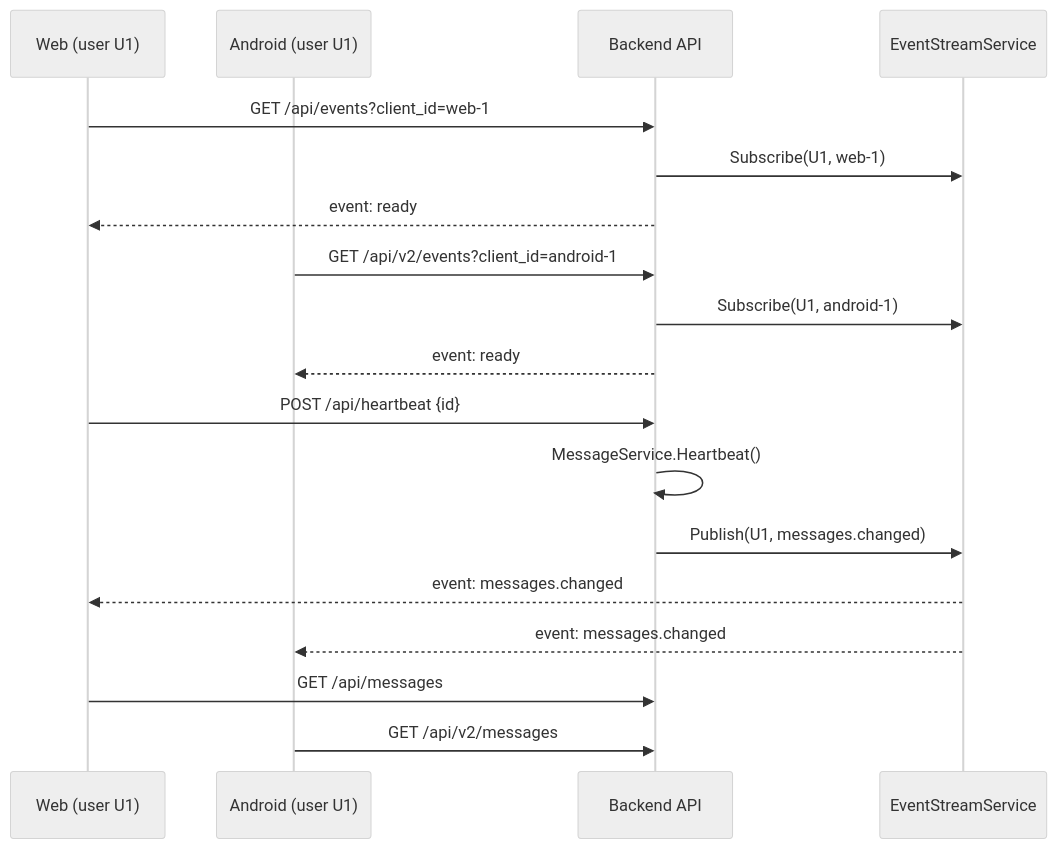
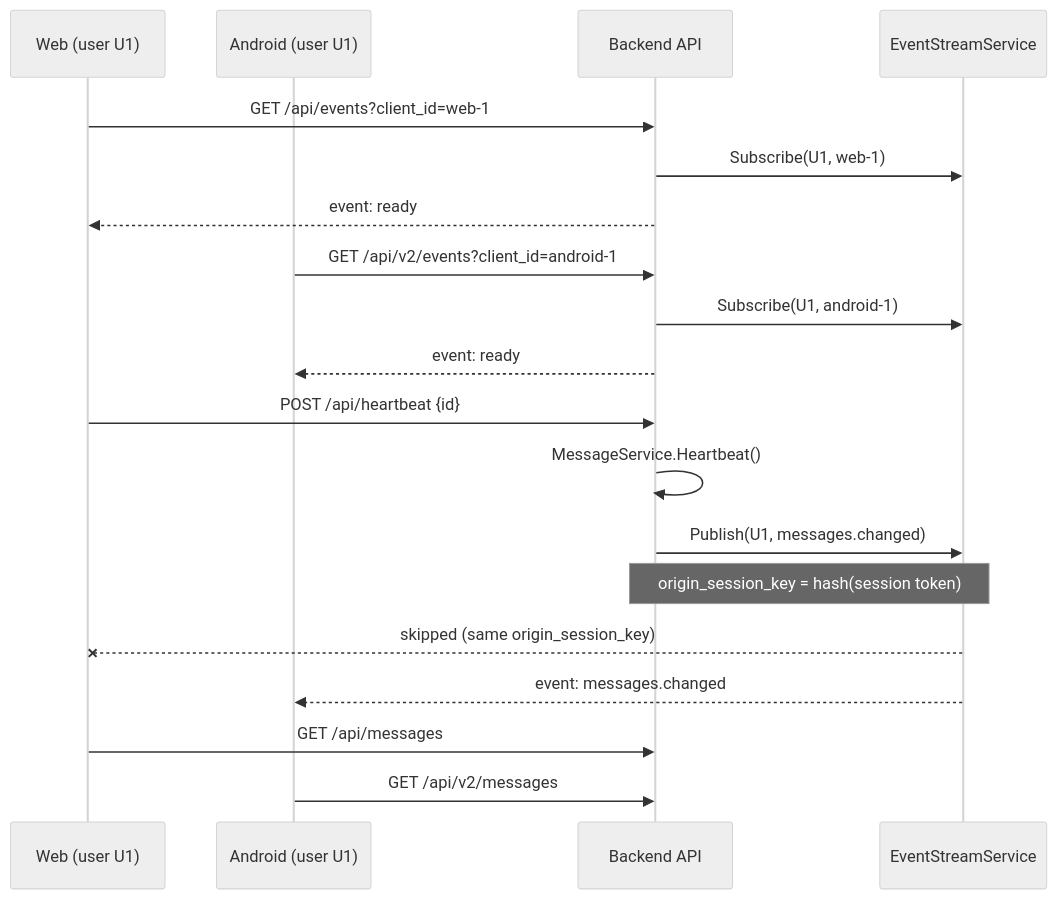
The second of 2 diagrams in backend/docs/realtime-events.md (Alpha018/aeterna), drawn with Mermaid (neutral theme) before and after one commit. The commit also changed other lines of this file and 19 other files, not shown here.

Commit message:
feat(realtime): scope SSE updates by origin session

````diff
--- a/backend/docs/realtime-events.md
+++ b/backend/docs/realtime-events.md
@@ -55,23 +57,24 @@
 ```mermaid
 sequenceDiagram
   participant W as Web (user U1)
   participant A as Android (user U1)
   participant API as Backend API
   participant HUB as EventStreamService
 
   W->>API: GET /api/events?client_id=web-1
   API->>HUB: Subscribe(U1, web-1)
   API-->>W: event: ready
 
   A->>API: GET /api/v2/events?client_id=android-1
   API->>HUB: Subscribe(U1, android-1)
   API-->>A: event: ready
 
   W->>API: POST /api/heartbeat {id}
   API->>API: MessageService.Heartbeat()
   API->>HUB: Publish(U1, messages.changed)
-  HUB-->>W: event: messages.changed
+  Note over API,HUB: origin_session_key = hash(session token)
+  HUB--xW: skipped (same origin_session_key)
   HUB-->>A: event: messages.changed
   W->>API: GET /api/messages
   A->>API: GET /api/v2/messages
 ```
````
